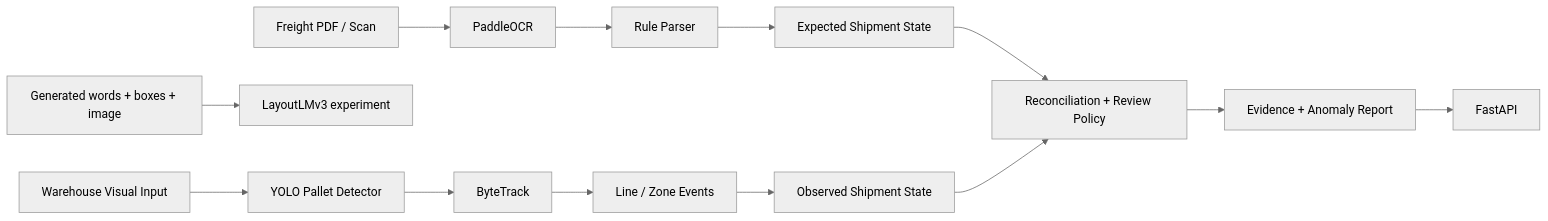
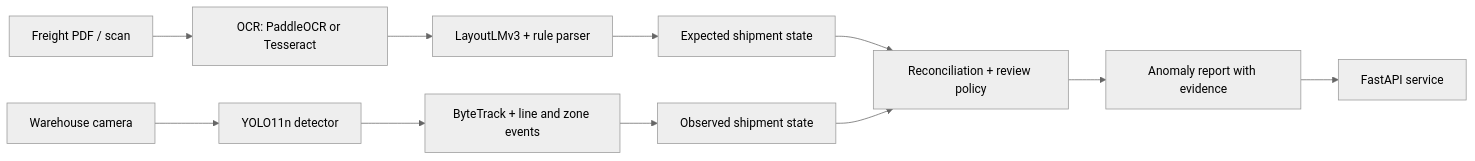
One commit to Allan-dq/freightlens-ai changed the diagram in README.md. Above: the diagram before and after it, drawn with Mermaid (neutral theme). The commit also changed other lines of this file and 1 other file, not shown here.

````diff
--- a/README.md
+++ b/README.md
@@ -41,15 +63,13 @@
 ```mermaid
 flowchart LR
-    A[Freight PDF / Scan] --> B[PaddleOCR]
-    B --> C[Rule Parser]
-    D[Generated words + boxes + image] --> E[LayoutLMv3 experiment]
-    C --> F[Expected Shipment State]
-    G[Warehouse Visual Input] --> H[YOLO Pallet Detector]
-    H --> I[ByteTrack]
-    I --> J[Line / Zone Events]
-    J --> K[Observed Shipment State]
-    F --> L[Reconciliation + Review Policy]
-    K --> L
-    L --> M[Evidence + Anomaly Report]
-    M --> N[FastAPI]
+    A[Freight PDF / scan] --> B[OCR: PaddleOCR or Tesseract]
+    B --> C[LayoutLMv3 + rule parser]
+    C --> D[Expected shipment state]
+    E[Warehouse camera] --> F[YOLO11n detector]
+    F --> G[ByteTrack + line and zone events]
+    G --> H[Observed shipment state]
+    D --> I[Reconciliation + review policy]
+    H --> I
+    I --> J[Anomaly report with evidence]
+    J --> K[FastAPI service]
 ```
````
